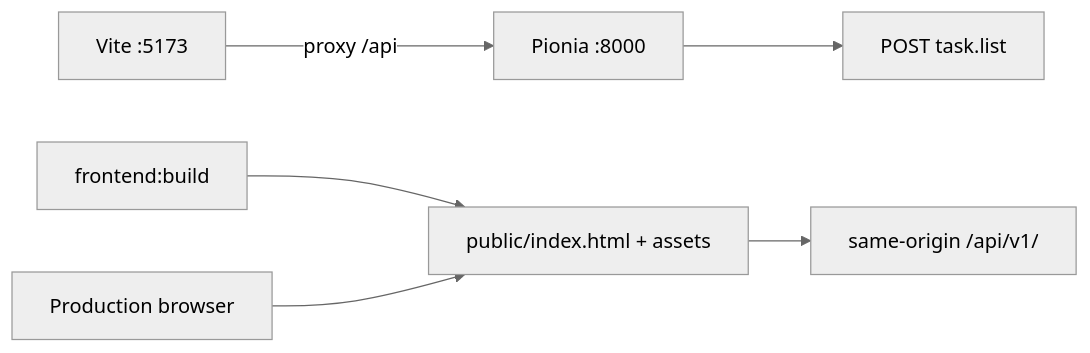
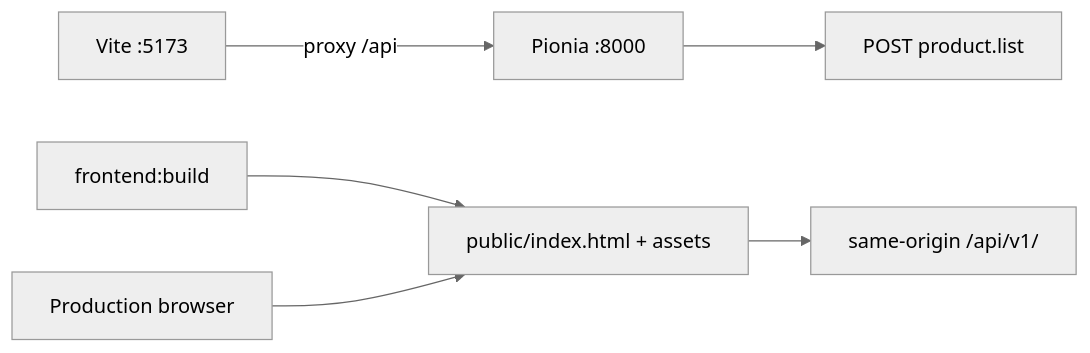
Before and after one commit to PioniaPHP-project/pionia-docs: the diagram in content/docs/documentation/frontend/_index.md, drawn with Mermaid (neutral theme). The commit also changed other lines of this file and 268 other files, not shown here.

```diff
--- a/content/docs/documentation/frontend/_index.md
+++ b/content/docs/documentation/frontend/_index.md
@@ -41,8 +41,8 @@
 {{< mermaid >}}
 flowchart LR
   Dev["Vite :5173"] -->|proxy /api| API["Pionia :8000"]
-  API --> Moonlight["POST task.list"]
+  API --> Moonlight["POST product.list"]
   Build["frontend:build"] --> Public["public/index.html + assets"]
   Browser[Production browser] --> Public
   Public --> Moonlight2["same-origin /api/v1/"]
 {{< /mermaid >}}
```
